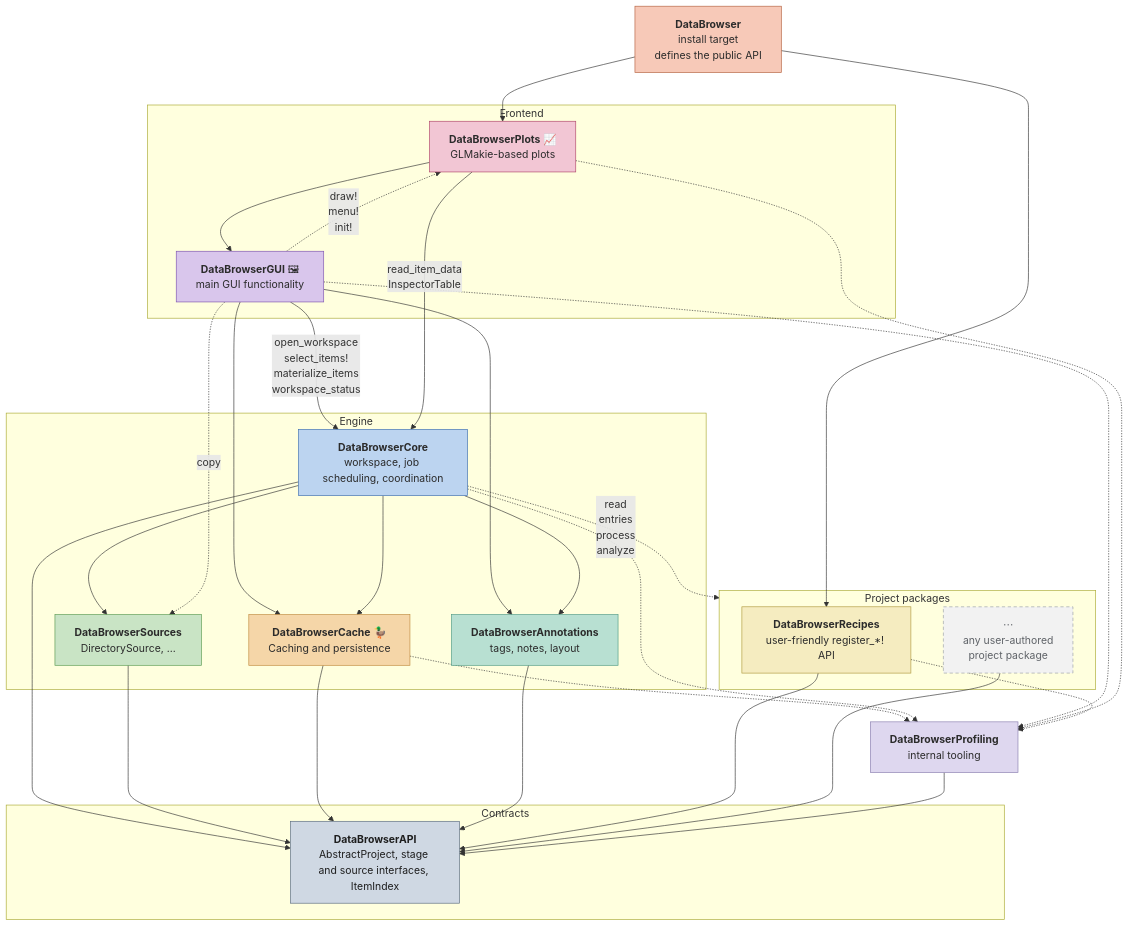
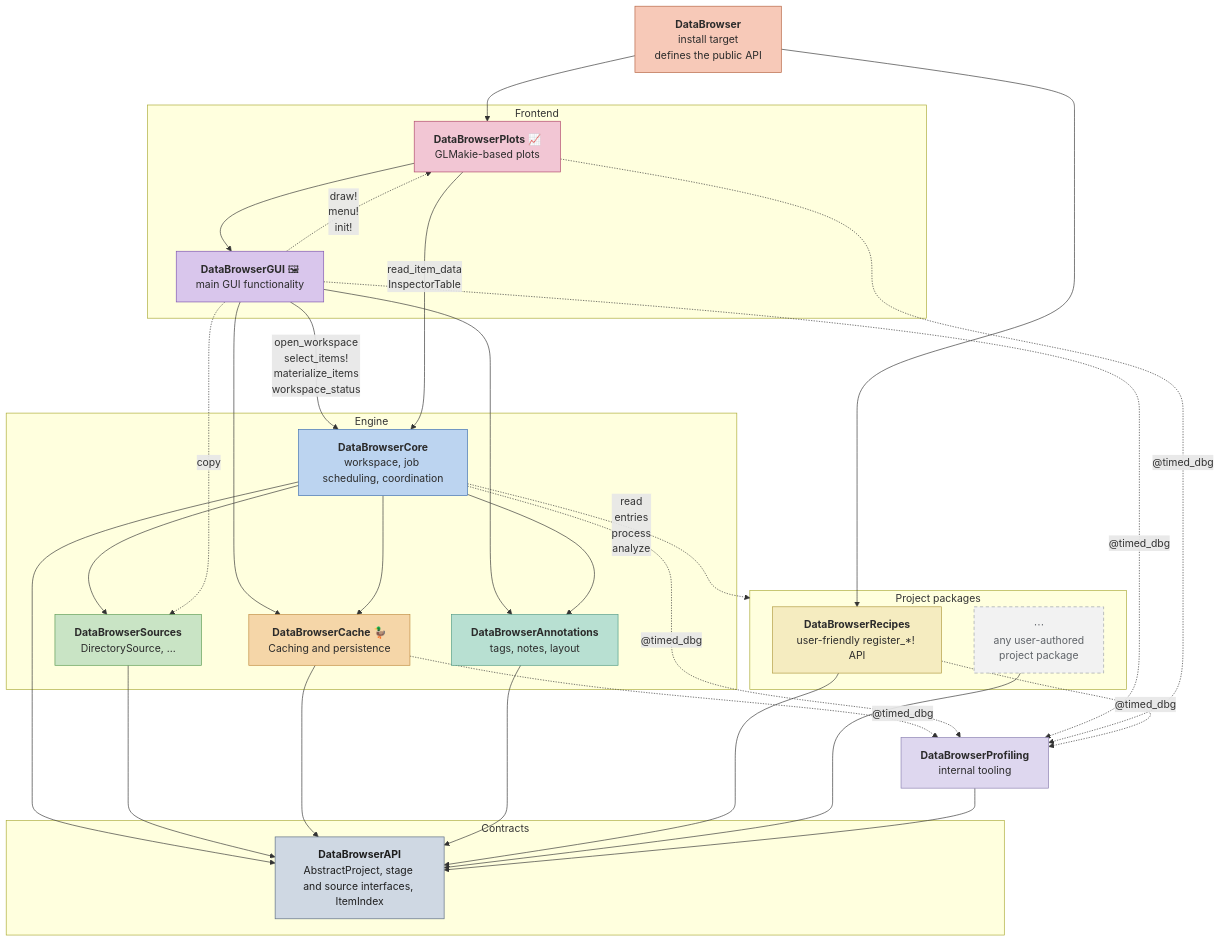
One commit to digiefel/MeasurementBrowser changed the first of 3 diagrams in docs/ARCHITECTURE.md. Above: the diagram before and after it, drawn with Mermaid. The commit also changed other lines of this file, not shown here.

Commit message:
diagram corrections

````diff
--- a/docs/ARCHITECTURE.md
+++ b/docs/ARCHITECTURE.md
@@ -29,77 +28,77 @@
 ```mermaid
 flowchart TB
     db["<b>DataBrowser</b><br/>install target<br/>defines the public API"]
     prof["<b>DataBrowserProfiling</b><br/>internal tooling"]
 
     subgraph projects["Project packages"]
         recipes["<b>DataBrowserRecipes</b><br/>user-friendly register_*! API"]
         userpkg["⋯<br/>any user-authored<br/>project package"]
     end
 
     subgraph frontend["Frontend"]
         gui["<b>DataBrowserGUI</b> 🖼<br/>main GUI functionality"]
         plots["<b>DataBrowserPlots</b> 📈<br/>GLMakie-based plots"]
     end
 
     subgraph engine["Engine"]
         core["<b>DataBrowserCore</b><br/>workspace, job scheduling, coordination"]
         src["<b>DataBrowserSources</b><br/>DirectorySource, ..."]
         cache["<b>DataBrowserCache</b> 🦆<br/>Caching and persistence"]
         ann["<b>DataBrowserAnnotations</b><br/>tags, notes, layout"]
     end
 
     subgraph contracts["Contracts"]
         api["<b>DataBrowserAPI</b><br/>AbstractProject, stage and source interfaces, ItemIndex"]
     end
 
     db --> recipes
     db --> plots
     gui -->|"open_workspace<br/>select_items!<br/>materialize_items<br/>workspace_status"| core
     gui --> cache
     gui --> ann
     plots --> gui
     plots -->|"read_item_data<br/>InspectorTable"| core
     core --> src
     core --> cache
     core --> ann
     core --> api
     src --> api
     cache --> api
     ann --> api
     recipes --> api
     userpkg --> api
     prof --> api
 
     core -.->|"read<br/>entries<br/>process<br/>analyze"| projects
     gui -.->|"copy"| src
     gui -.->|"draw!<br/>menu!<br/>init!"| plots
-    cache -.-> prof
-    core -.-> prof
-    gui -.-> prof
-    plots -.-> prof
-    recipes -.-> prof
+    cache -.->|"@timed_dbg"| prof
+    core -.->|"@timed_dbg"| prof
+    gui -.->|"@timed_dbg"| prof
+    plots -.->|"@timed_dbg"| prof
+    recipes -.->|"@timed_dbg"| prof
 
     classDef umbrellaC fill:#f7c9b8,stroke:#b5623f,color:#2b2b2b
     classDef plotsC fill:#f2c6d4,stroke:#b0466a,color:#2b2b2b
     classDef guiC fill:#d9c6ec,stroke:#7d54b0,color:#2b2b2b
     classDef coreC fill:#bcd4f0,stroke:#3f6fb0,color:#2b2b2b
     classDef recipesC fill:#f5ecc0,stroke:#b09a3f,color:#2b2b2b
     classDef srcC fill:#c9e4c5,stroke:#5a9a52,color:#2b2b2b
     classDef cacheC fill:#f5d6a8,stroke:#c08a3f,color:#2b2b2b
     classDef annC fill:#b8e0d2,stroke:#4f9a86,color:#2b2b2b
     classDef profC fill:#ded7ef,stroke:#8a7fb0,color:#2b2b2b
     classDef apiC fill:#cfd8e3,stroke:#5a6b80,color:#1e1e1e
     classDef ghostC fill:#f2f2f2,stroke:#9aa0a6,stroke-dasharray:5 4,color:#5f6368
 
     class userpkg ghostC
     class db umbrellaC
     class plots plotsC
     class gui guiC
     class core coreC
     class recipes recipesC
     class src srcC
     class cache cacheC
     class ann annC
     class prof profC
     class api apiC
 ```
````
